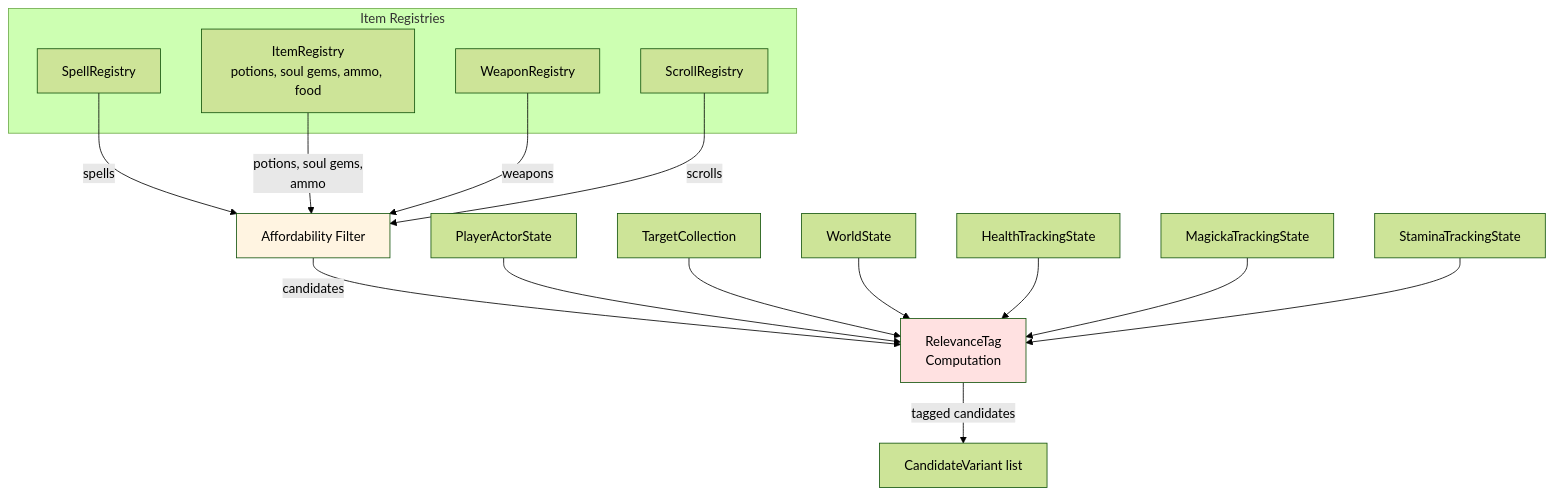
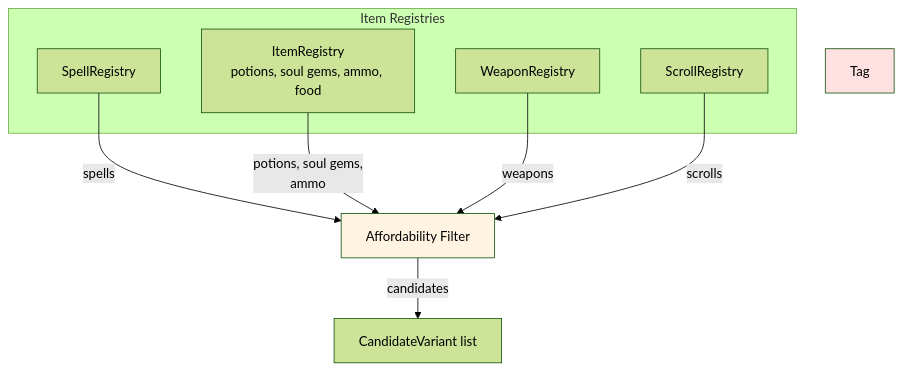
The fourth of 10 diagrams in docs/architecture/0-pipeline.md (LandingCrew/huginn), drawn with Mermaid (forest theme) before and after one commit. The commit also changed other lines of this file and 19 other files, not shown here.

````diff
--- a/docs/architecture/0-pipeline.md
+++ b/docs/architecture/0-pipeline.md
@@ -276,28 +276,19 @@
 ```mermaid
 graph TB
     subgraph Sources[Item Registries]
         SR[SpellRegistry]
         IR[ItemRegistry<br/>potions, soul gems, ammo, food]
         WR[WeaponRegistry]
         SCR[ScrollRegistry]
     end
 
     SR -->|spells| Filter[Affordability Filter]
     IR -->|potions, soul gems,<br/>ammo| Filter
     WR -->|weapons| Filter
     SCR -->|scrolls| Filter
 
-    Filter -->|candidates| Tag[RelevanceTag<br/>Computation]
-
-    PAS[PlayerActorState] --> Tag
-    TC[TargetCollection] --> Tag
-    WorldState --> Tag
-    HTS[HealthTrackingState] --> Tag
-    MTS[MagickaTrackingState] --> Tag
-    STS[StaminaTrackingState] --> Tag
-
-    Tag -->|tagged candidates| Output[CandidateVariant list]
+    Filter -->|candidates| Output[CandidateVariant list]
 
     style Filter fill:#fff4e1
     style Tag fill:#ffe1e1
 ```
````
